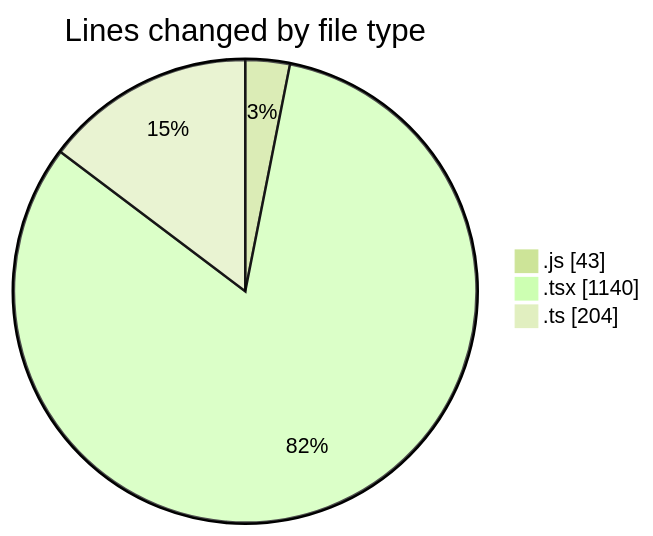
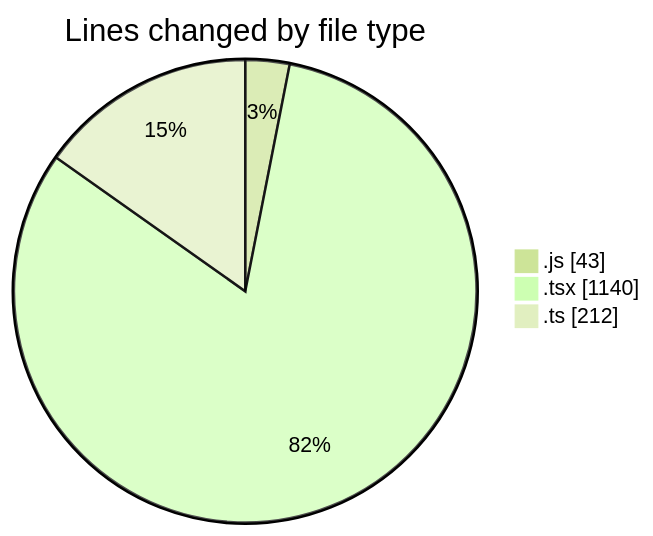
Before and after one commit to momahboobian/code-tracking: the first of 2 diagrams in 2026-03-09/cda/README.md, drawn with Mermaid (forest theme). The commit also changed other lines of this file and 1 other file, not shown here.

````diff
--- a/2026-03-09/cda/README.md
+++ b/2026-03-09/cda/README.md
@@ -30,7 +30,7 @@
 ```mermaid
 pie showData
 title Lines changed by file type
 ".js" : 43
 ".tsx" : 1140
-".ts" : 204
+".ts" : 212
 ```
````
